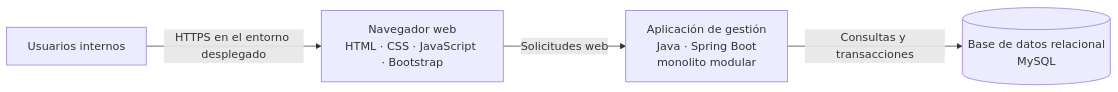
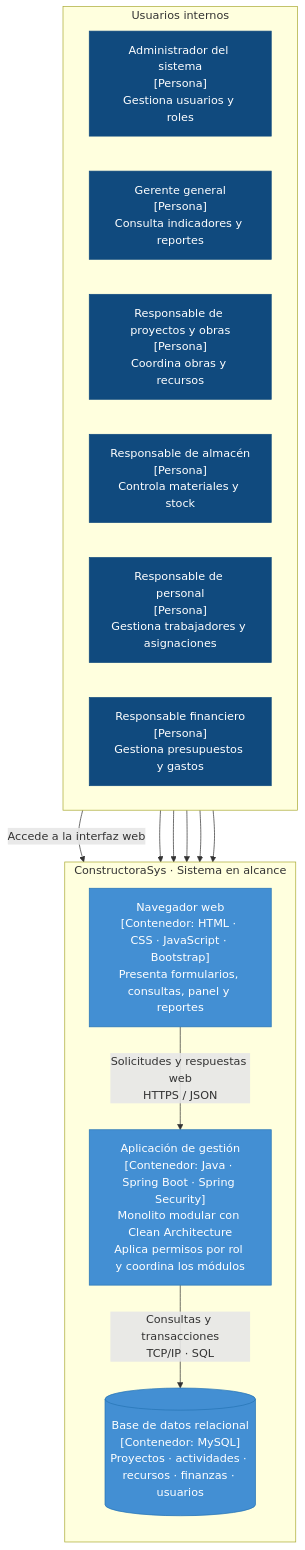
One commit to dostinarroyo/Constructora-arquitSoft-02-Dostin_Arroyo changed the diagram in img/fuentes/nivel2-contenedores.mmd. Above: the diagram before and after it, drawn with Mermaid. The commit also changed 4 other files, not shown here.

Commit message:
docs: actualizar diagrama de contenedores

```diff
--- a/img/fuentes/nivel2-contenedores.mmd
+++ b/img/fuentes/nivel2-contenedores.mmd
@@ -1,9 +1,32 @@
-flowchart LR
-    user["Usuarios internos"]
-    browser["Navegador web<br/>HTML · CSS · JavaScript · Bootstrap"]
-    app["Aplicación de gestión<br/>Java · Spring Boot<br/>monolito modular"]
-    db[("Base de datos relacional<br/>MySQL")]
+flowchart TB
+    subgraph personas["Usuarios internos"]
+        direction LR
+        admin["Administrador del sistema<br/>[Persona]<br/>Gestiona usuarios y roles"]
+        gerencia["Gerente general<br/>[Persona]<br/>Consulta indicadores y reportes"]
+        proyectos["Responsable de proyectos y obras<br/>[Persona]<br/>Coordina obras y recursos"]
+        almacen["Responsable de almacén<br/>[Persona]<br/>Controla materiales y stock"]
+        personal["Responsable de personal<br/>[Persona]<br/>Gestiona trabajadores y asignaciones"]
+        finanzas["Responsable financiero<br/>[Persona]<br/>Gestiona presupuestos y gastos"]
+    end
 
-    user -->|"HTTPS en el entorno desplegado"| browser
-    browser -->|"Solicitudes web"| app
-    app -->|"Consultas y transacciones"| db
+    subgraph system["ConstructoraSys · Sistema en alcance"]
+        direction TB
+        browser["Navegador web<br/>[Contenedor: HTML · CSS · JavaScript · Bootstrap]<br/>Presenta formularios, consultas, panel y reportes"]
+        app["Aplicación de gestión<br/>[Contenedor: Java · Spring Boot · Spring Security]<br/>Monolito modular con Clean Architecture<br/>Aplica permisos por rol y coordina los módulos"]
+        db[("Base de datos relacional<br/>[Contenedor: MySQL]<br/>Proyectos · actividades · recursos · finanzas · usuarios")]
+
+        browser -->|"Solicitudes y respuestas web<br/>HTTPS / JSON"| app
+        app -->|"Consultas y transacciones<br/>TCP/IP · SQL"| db
+    end
+
+    admin -->|"Accede a la interfaz web"| browser
+    gerencia --> browser
+    proyectos --> browser
+    almacen --> browser
+    personal --> browser
+    finanzas --> browser
+
+    classDef person fill:#104A7E,color:#ffffff,stroke:#104A7E
+    classDef container fill:#438FD3,color:#ffffff,stroke:#2674B5
+    class admin,gerencia,proyectos,almacen,personal,finanzas person
+    class browser,app,db container
```
